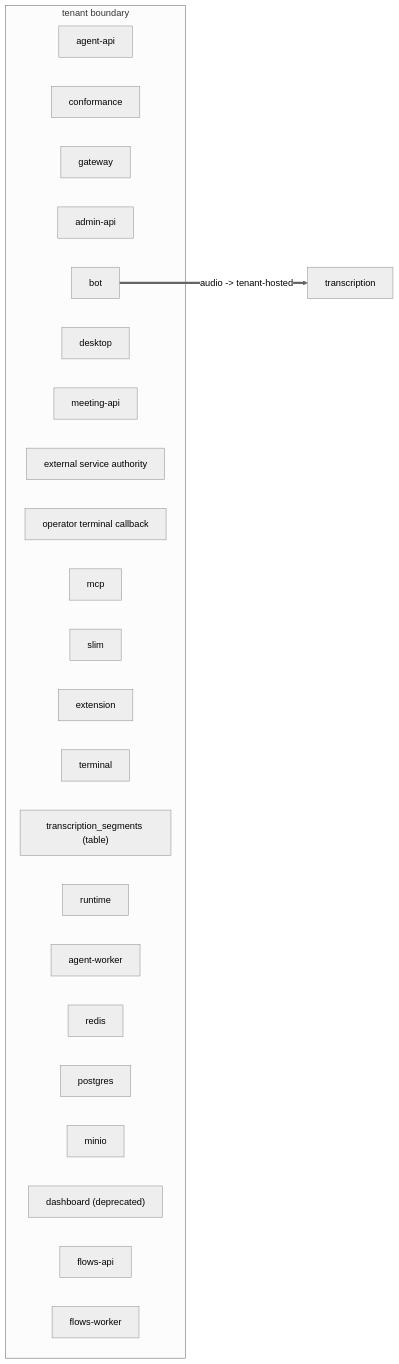
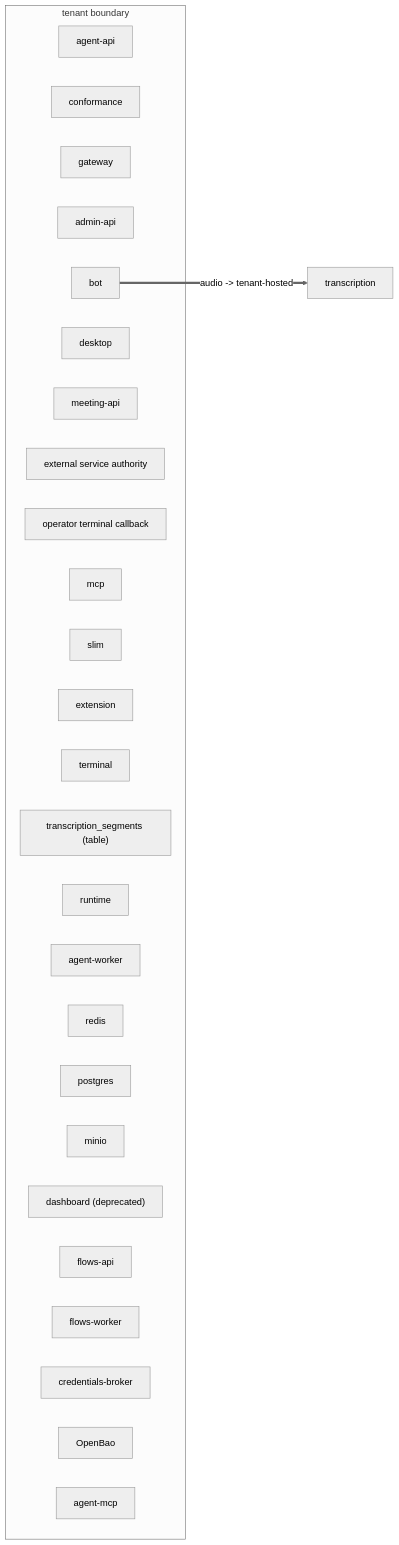
One commit to Vexa-ai/vexa changed the diagram in docs/views/egress.mmd. Above: the diagram before and after it, drawn with Mermaid (neutral theme). The commit also changed 131 other files, not shown here.

```diff
--- a/docs/views/egress.mmd
+++ b/docs/views/egress.mmd
@@ -1,28 +1,31 @@
 %% GENERATED — pnpm arch:dsl --write
 flowchart LR
   subgraph tenant["tenant boundary"]
     agent_api["agent-api"]
     conformance["conformance"]
     gateway["gateway"]
     admin_api["admin-api"]
     bot["bot"]
     desktop["desktop"]
     meeting_api["meeting-api"]
     service_authority["external service authority"]
     system_webhook["operator terminal callback"]
     mcp["mcp"]
     slim["slim"]
     extension["extension"]
     terminal["terminal"]
     segments_table["transcription_segments (table)"]
     runtime["runtime"]
     agent_worker["agent-worker"]
     redis["redis"]
     postgres["postgres"]
     minio["minio"]
     dashboard["dashboard (deprecated)"]
     flows_api["flows-api"]
     flows_worker["flows-worker"]
+    credentials_broker["credentials-broker"]
+    credentials_vault["OpenBao"]
+    agent_mcp["agent-mcp"]
   end
   transcription["transcription"]
   bot ==>|"audio -> tenant-hosted"| transcription
```
